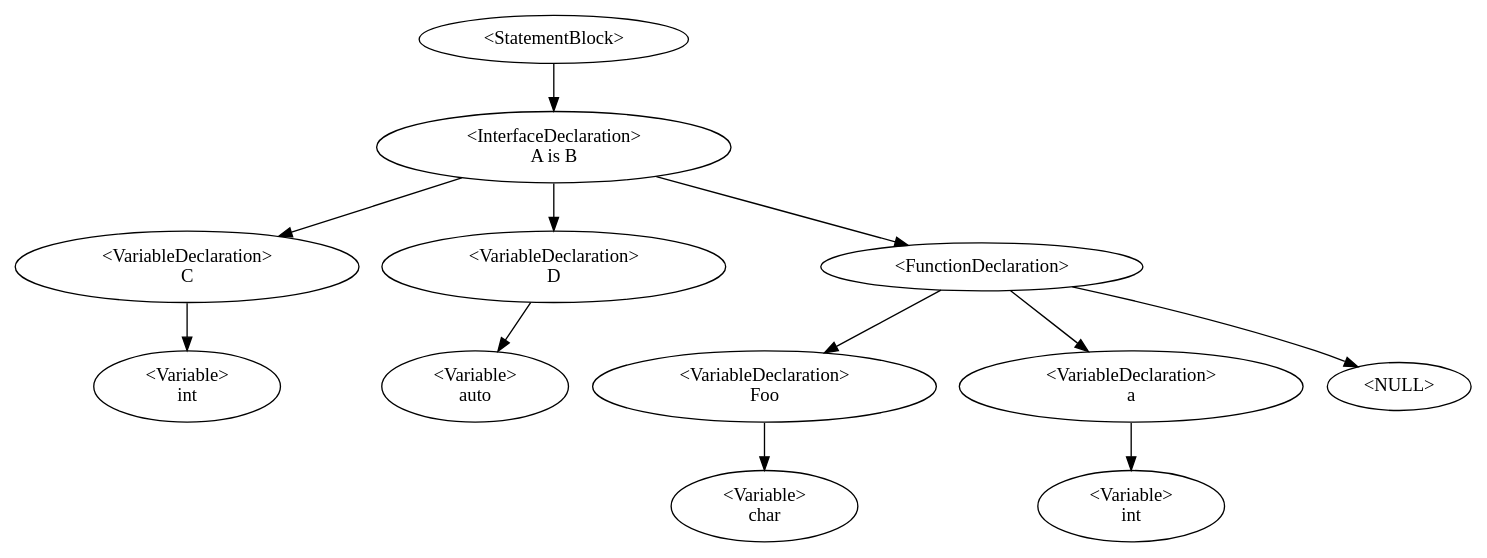
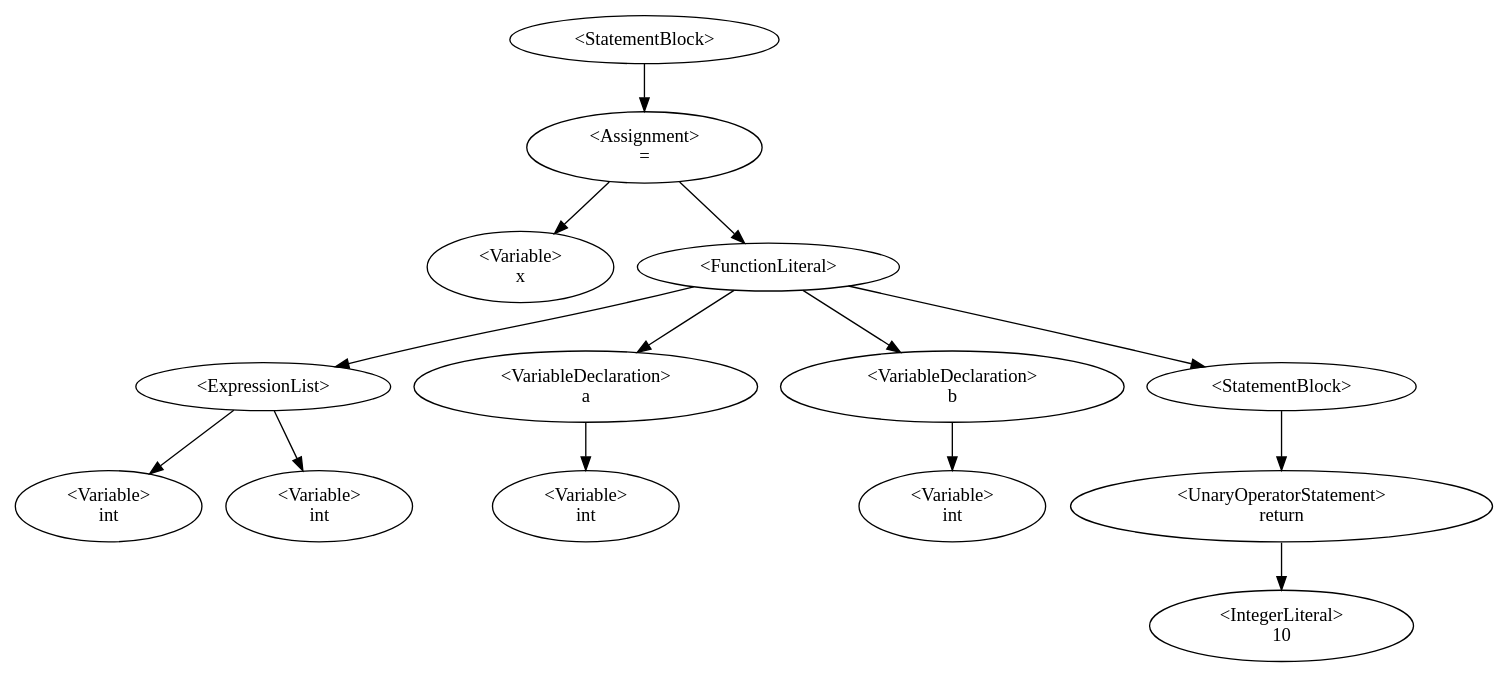
The diagram in Dino/Dino/AstDisplay.gv (QazmoQwerty/dino), drawn with Graphviz before and after one commit. The commit also changed 6 other files, not shown here.

```diff
--- a/Dino/Dino/AstDisplay.gv
+++ b/Dino/Dino/AstDisplay.gv
@@ -1,13 +1,16 @@
 digraph G {
-0 [label="<StatementBlock>"];0->1;
-1 [label="<InterfaceDeclaration>\nA is B"];1->3;1->5;1->8;
-3 [label="<VariableDeclaration>\nC"];3->2;
-2 [label="<Variable>\nint"];
-5 [label="<VariableDeclaration>\nD"];5->4;
-4 [label="<Variable>\nauto"];
-8 [label="<FunctionDeclaration>\n"];8->7;8->10;8->-1;-1 [label="<NULL>"];
-7 [label="<VariableDeclaration>\nFoo"];7->6;
-6 [label="<Variable>\nchar"];
-10 [label="<VariableDeclaration>\na"];10->9;
+0 [label="<StatementBlock>"];0->2;
+2 [label="<Assignment>\n="];2->1;2->8;
+1 [label="<Variable>\nx"];
+8 [label="<FunctionLiteral>"];8->10;8->4;8->7;8->14;
+10 [label="<ExpressionList>"];10->9;10->11;
 9 [label="<Variable>\nint"];
+11 [label="<Variable>\nint"];
+4 [label="<VariableDeclaration>\na"];4->3;
+3 [label="<Variable>\nint"];
+7 [label="<VariableDeclaration>\nb"];7->6;
+6 [label="<Variable>\nint"];
+14 [label="<StatementBlock>"];14->12;
+12 [label="<UnaryOperatorStatement>\nreturn"];12->13;
+13 [label="<IntegerLiteral>\n10"];
 }
```
